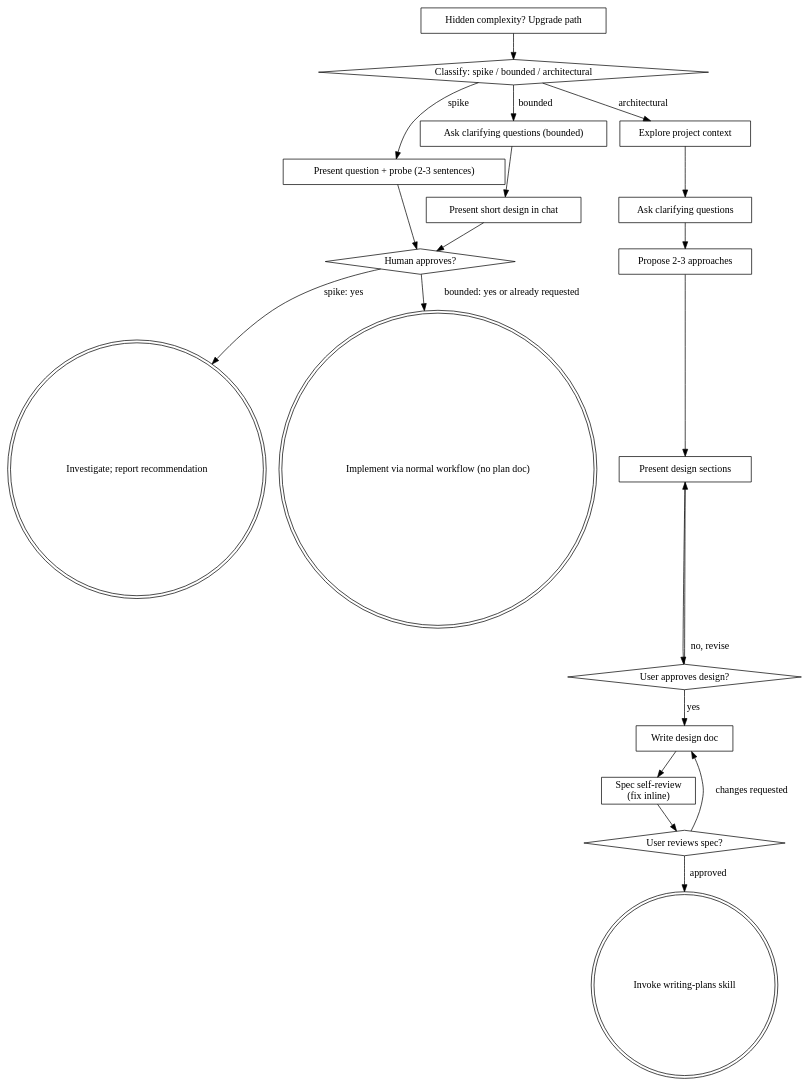
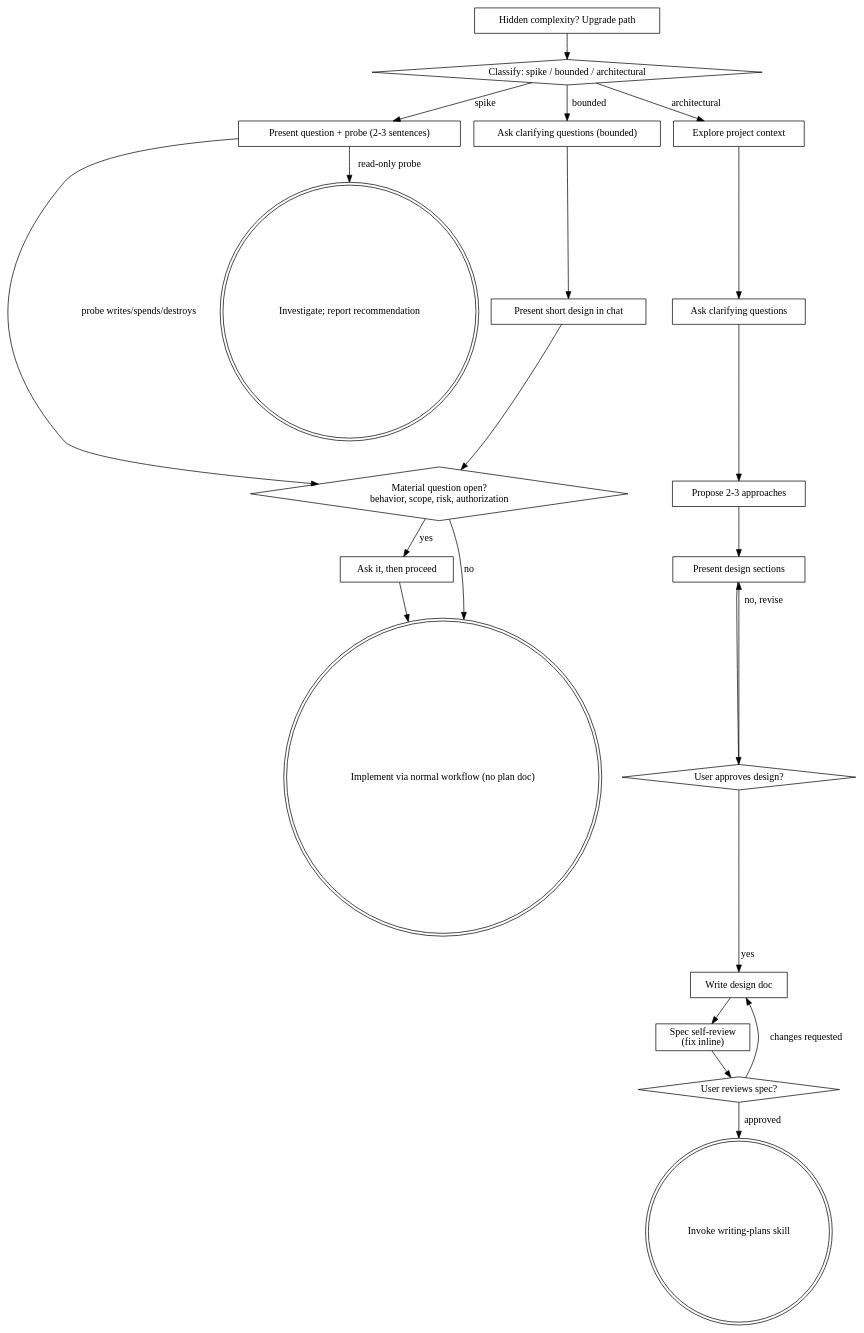
One commit to Amouren7/superpowers-adaptive changed the diagram in skills/brainstorming/SKILL.md. Above: the diagram before and after it, drawn with Graphviz. The commit also changed other lines of this file and 21 other files, not shown here.

````diff
--- a/skills/brainstorming/SKILL.md
+++ b/skills/brainstorming/SKILL.md
@@ -115,41 +120,44 @@
 ```dot
 digraph brainstorming {
     "Classify: spike / bounded / architectural" [shape=diamond];
     "Present question + probe (2-3 sentences)" [shape=box];
     "Ask clarifying questions (bounded)" [shape=box];
     "Present short design in chat" [shape=box];
-    "Human approves?" [shape=diamond];
+    "Material question open?\nbehavior, scope, risk, authorization" [shape=diamond];
+    "Ask it, then proceed" [shape=box];
     "Investigate; report recommendation" [shape=doublecircle];
     "Implement via normal workflow (no plan doc)" [shape=doublecircle];
     "Explore project context" [shape=box];
     "Ask clarifying questions" [shape=box];
     "Propose 2-3 approaches" [shape=box];
     "Present design sections" [shape=box];
     "User approves design?" [shape=diamond];
     "Write design doc" [shape=box];
     "Spec self-review\n(fix inline)" [shape=box];
     "User reviews spec?" [shape=diamond];
     "Invoke writing-plans skill" [shape=doublecircle];
     "Hidden complexity? Upgrade path" [shape=box];
 
     "Classify: spike / bounded / architectural" -> "Present question + probe (2-3 sentences)" [label="spike"];
     "Classify: spike / bounded / architectural" -> "Ask clarifying questions (bounded)" [label="bounded"];
     "Classify: spike / bounded / architectural" -> "Explore project context" [label="architectural"];
-    "Present question + probe (2-3 sentences)" -> "Human approves?";
+    "Present question + probe (2-3 sentences)" -> "Investigate; report recommendation" [label="read-only probe"];
+    "Present question + probe (2-3 sentences)" -> "Material question open?\nbehavior, scope, risk, authorization" [label="probe writes/spends/destroys"];
     "Ask clarifying questions (bounded)" -> "Present short design in chat";
-    "Present short design in chat" -> "Human approves?";
-    "Human approves?" -> "Investigate; report recommendation" [label="spike: yes"];
-    "Human approves?" -> "Implement via normal workflow (no plan doc)" [label="bounded: yes or already requested"];
+    "Present short design in chat" -> "Material question open?\nbehavior, scope, risk, authorization";
+    "Material question open?\nbehavior, scope, risk, authorization" -> "Ask it, then proceed" [label="yes"];
+    "Material question open?\nbehavior, scope, risk, authorization" -> "Implement via normal workflow (no plan doc)" [label="no"];
+    "Ask it, then proceed" -> "Implement via normal workflow (no plan doc)";
     "Hidden complexity? Upgrade path" -> "Classify: spike / bounded / architectural";
     "Explore project context" -> "Ask clarifying questions";
     "Ask clarifying questions" -> "Propose 2-3 approaches";
     "Propose 2-3 approaches" -> "Present design sections";
     "Present design sections" -> "User approves design?";
     "User approves design?" -> "Present design sections" [label="no, revise"];
     "User approves design?" -> "Write design doc" [label="yes"];
     "Write design doc" -> "Spec self-review\n(fix inline)";
     "Spec self-review\n(fix inline)" -> "User reviews spec?";
     "User reviews spec?" -> "Write design doc" [label="changes requested"];
     "User reviews spec?" -> "Invoke writing-plans skill" [label="approved"];
 }
 ```
````
